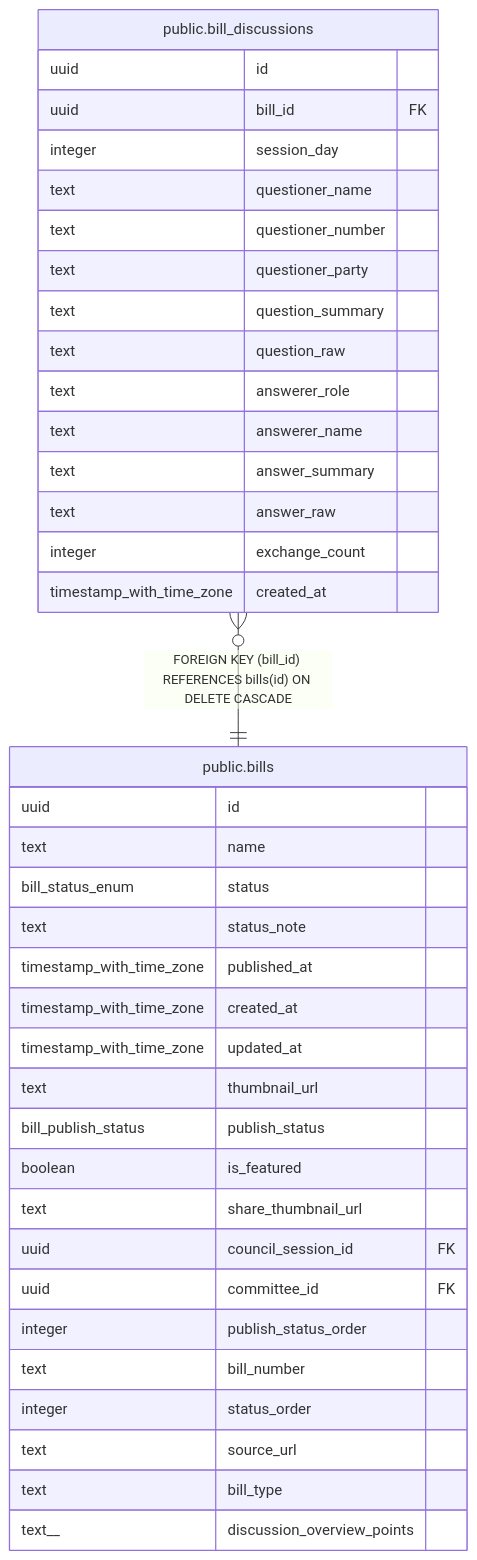
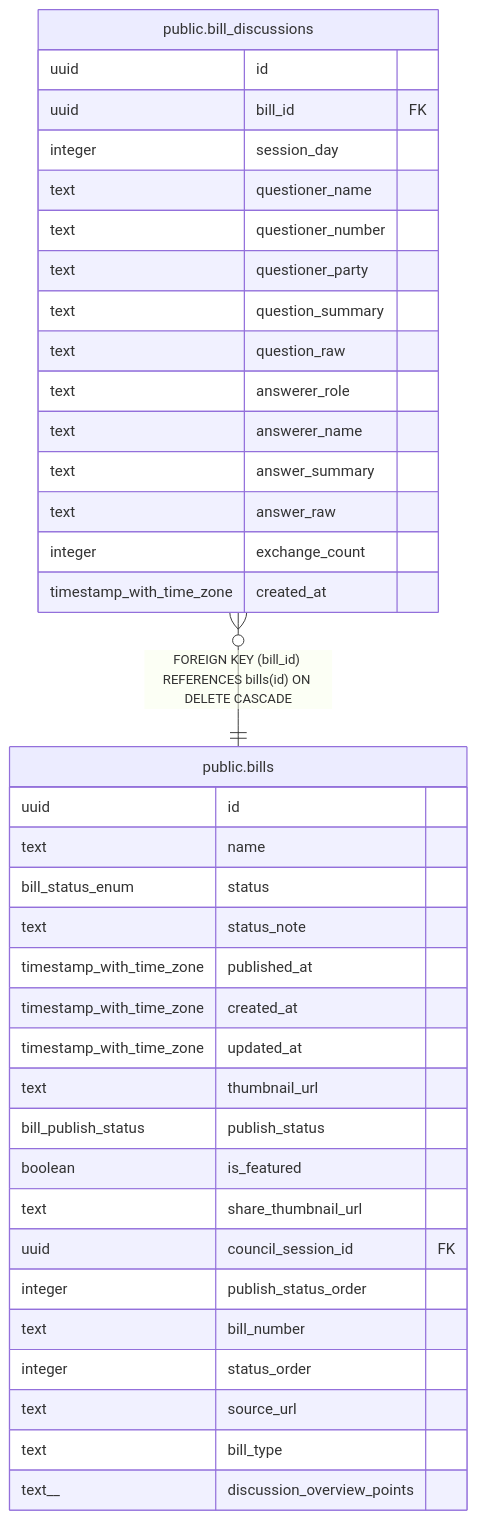
The diagram in docs/schema/public.bill_discussions.md (s-takahashi-hokkaido/dejimin-gikai), drawn with Mermaid before and after one commit. The commit also changed 58 other files, not shown here.

````diff
--- a/docs/schema/public.bill_discussions.md
+++ b/docs/schema/public.bill_discussions.md
@@ -44,43 +44,42 @@
 ```mermaid
 erDiagram
 
 "public.bill_discussions" }o--|| "public.bills" : "FOREIGN KEY (bill_id) REFERENCES bills(id) ON DELETE CASCADE"
 
 "public.bill_discussions" {
   uuid id
   uuid bill_id FK
   integer session_day
   text questioner_name
   text questioner_number
   text questioner_party
   text question_summary
   text question_raw
   text answerer_role
   text answerer_name
   text answer_summary
   text answer_raw
   integer exchange_count
   timestamp_with_time_zone created_at
 }
 "public.bills" {
   uuid id
   text name
   bill_status_enum status
   text status_note
   timestamp_with_time_zone published_at
   timestamp_with_time_zone created_at
   timestamp_with_time_zone updated_at
   text thumbnail_url
   bill_publish_status publish_status
   boolean is_featured
   text share_thumbnail_url
   uuid council_session_id FK
-  uuid committee_id FK
   integer publish_status_order
   text bill_number
   integer status_order
   text source_url
   text bill_type
   text__ discussion_overview_points
 }
 ```
````
